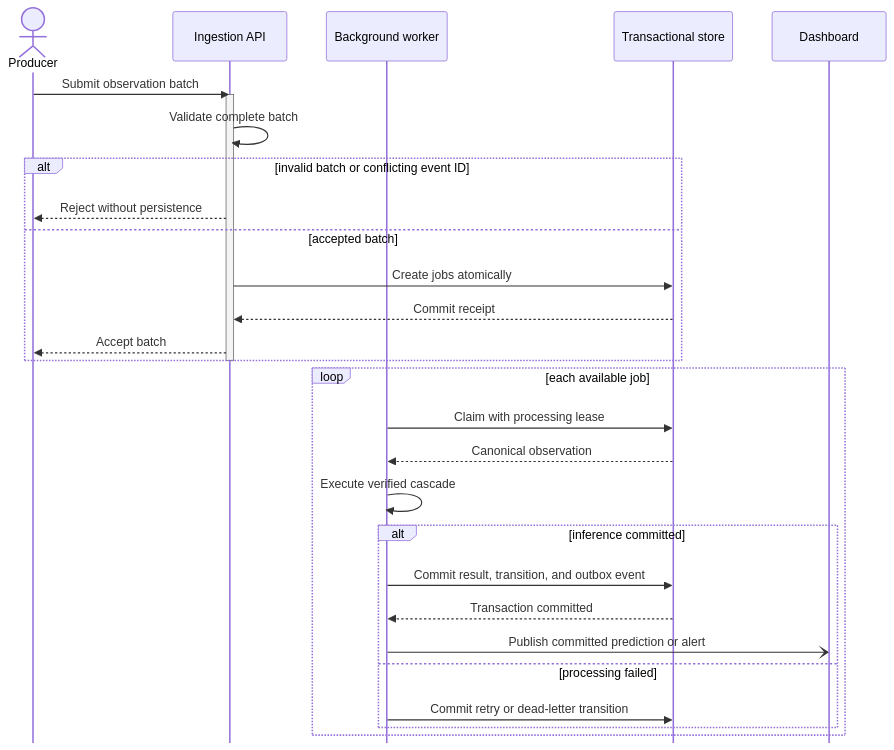
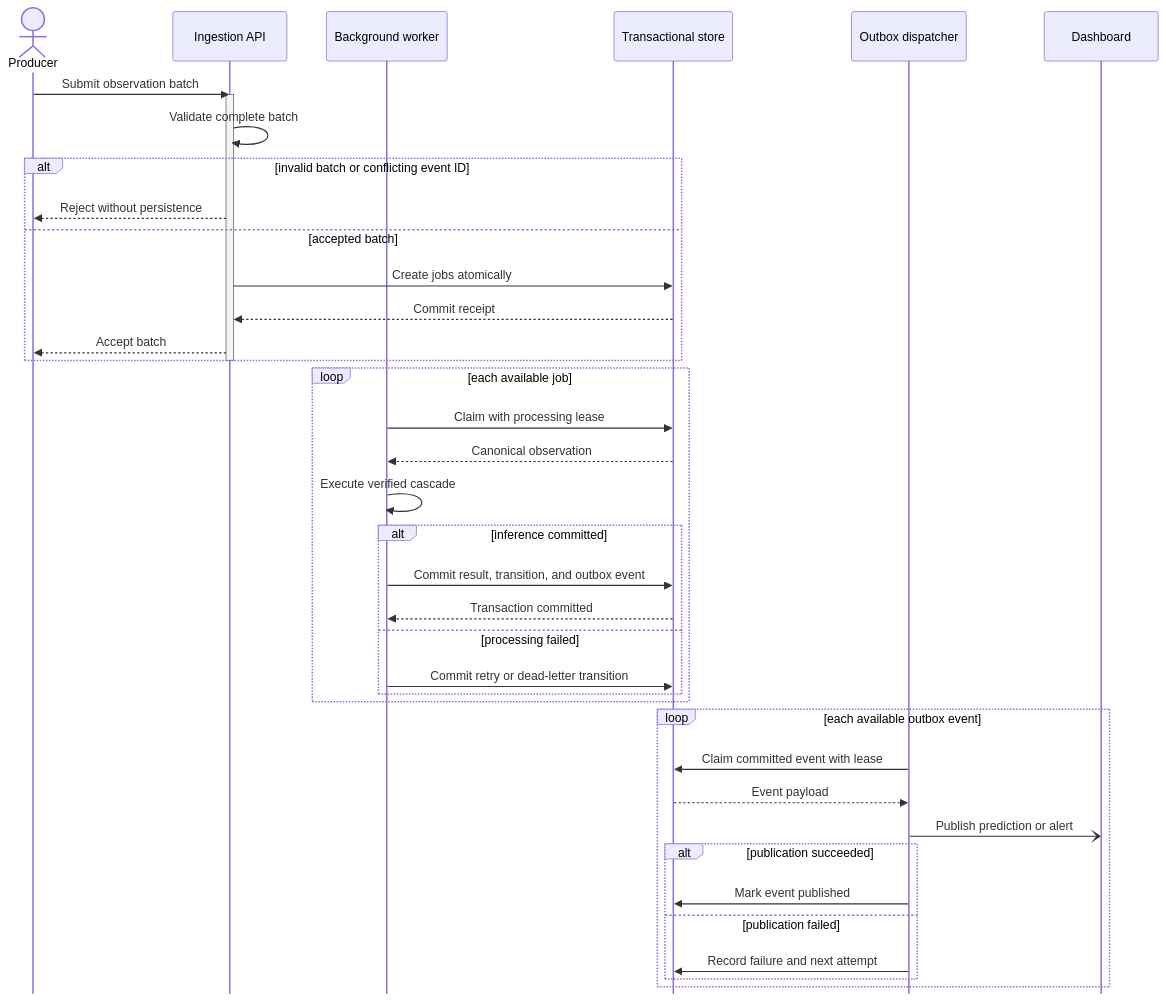
One commit to ZakariaElKhaldi/4iir-sr changed the diagram in diagrams/02-ingestion-sequence.mmd. Above: the diagram before and after it, drawn with Mermaid. The commit also changed 46 other files, not shown here.

First line of the commit message:
Update main document structure and add project timeline

```diff
--- a/diagrams/02-ingestion-sequence.mmd
+++ b/diagrams/02-ingestion-sequence.mmd
@@ -1,38 +1,49 @@
 ---
 config:
   sequence:
     mirrorActors: false
     actorMargin: 52
     messageMargin: 32
 ---
 sequenceDiagram
     actor Producer
     participant API as Ingestion API
     participant Worker as Background worker
     participant Store as Transactional store
+    participant Outbox as Outbox dispatcher
     participant UI as Dashboard
 
     Producer->>API: Submit observation batch
     activate API
     API->>API: Validate complete batch
     alt invalid batch or conflicting event ID
         API-->>Producer: Reject without persistence
     else accepted batch
         API->>Store: Create jobs atomically
         Store-->>API: Commit receipt
         API-->>Producer: Accept batch
     end
     deactivate API
 
     loop each available job
         Worker->>Store: Claim with processing lease
         Store-->>Worker: Canonical observation
         Worker->>Worker: Execute verified cascade
         alt inference committed
             Worker->>Store: Commit result, transition, and outbox event
             Store-->>Worker: Transaction committed
-            Worker-)UI: Publish committed prediction or alert
         else processing failed
             Worker->>Store: Commit retry or dead-letter transition
         end
     end
+
+    loop each available outbox event
+        Outbox->>Store: Claim committed event with lease
+        Store-->>Outbox: Event payload
+        Outbox-)UI: Publish prediction or alert
+        alt publication succeeded
+            Outbox->>Store: Mark event published
+        else publication failed
+            Outbox->>Store: Record failure and next attempt
+        end
+    end
```
